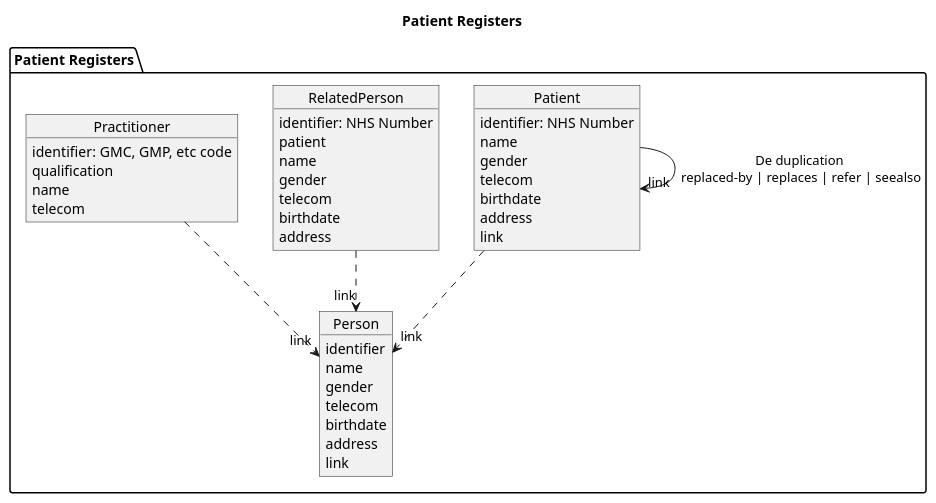
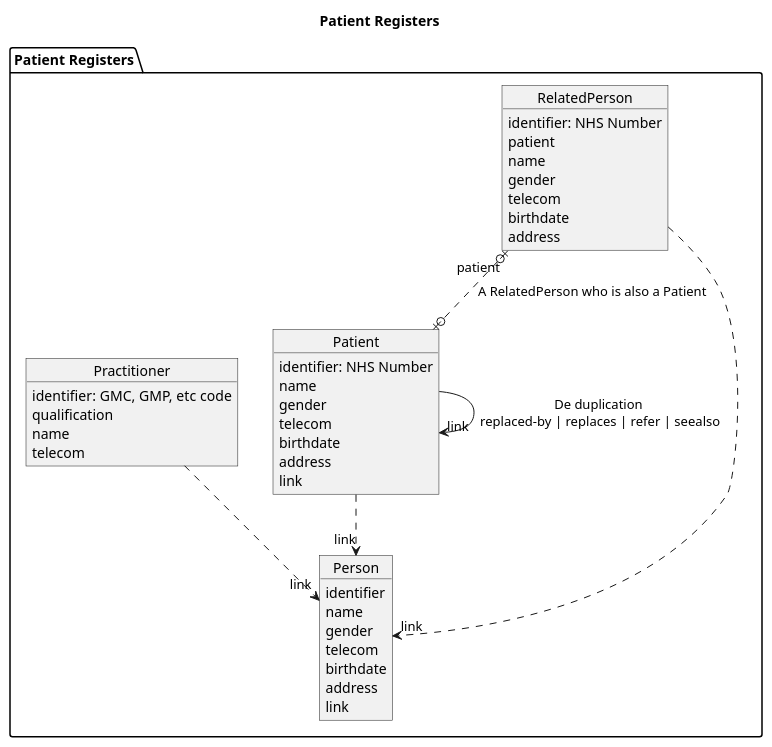
Before and after one commit to NHSDigital/interoperability-standards-documentation: the diagram in input/images-source/administration-module-patient-registers.plantuml, drawn with PlantUML. The commit also changed 5 other files, not shown here.

Commit message:
Fix for svg/plantuml rendering

```diff
--- a/input/images-source/administration-module-patient-registers.plantuml
+++ b/input/images-source/administration-module-patient-registers.plantuml
@@ -1,48 +1,49 @@
 @startuml
 
 
 title Patient Registers
 
 
 package PatientRegisters as "Patient Registers" {
   object Patient {
     identifier: NHS Number
     name
     gender
     telecom
     birthdate
     address
     link
   }
   object RelatedPerson  {
   identifier: NHS Number
     patient
     name
     gender
     telecom
     birthdate
     address
   }
   object Practitioner  {
     identifier: GMC, GMP, etc code
     qualification
     name
     telecom
   }
   object Person {
     identifier
     name
     gender
     telecom
     birthdate
     address
     link
   }
 
   Patient ..> "link" Person
+  RelatedPerson "patient" |o..o| Patient: A RelatedPerson who is also a Patient
    Patient --> "link" Patient : De duplication \nreplaced-by | replaces | refer | seealso
   RelatedPerson ..> "link" Person
   Practitioner ..> "link" Person
 }
 
 @enduml
```
